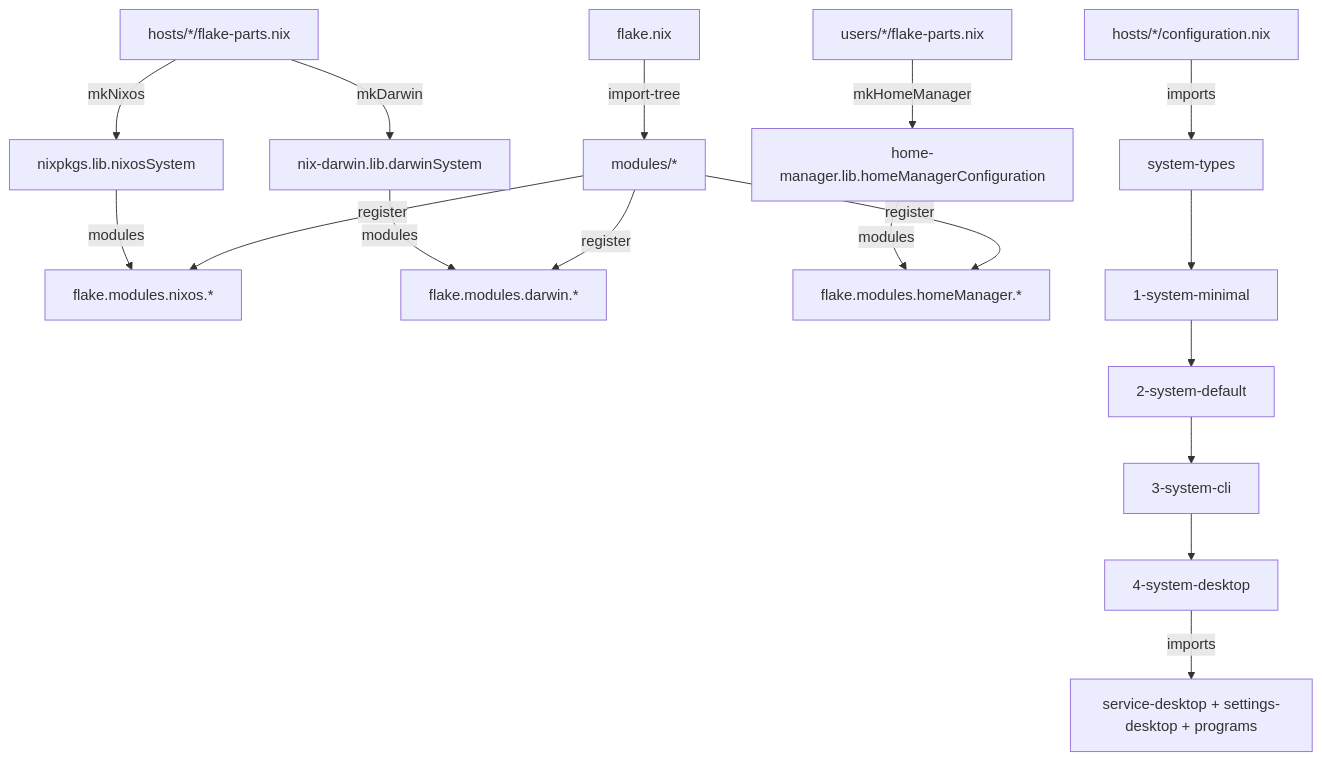
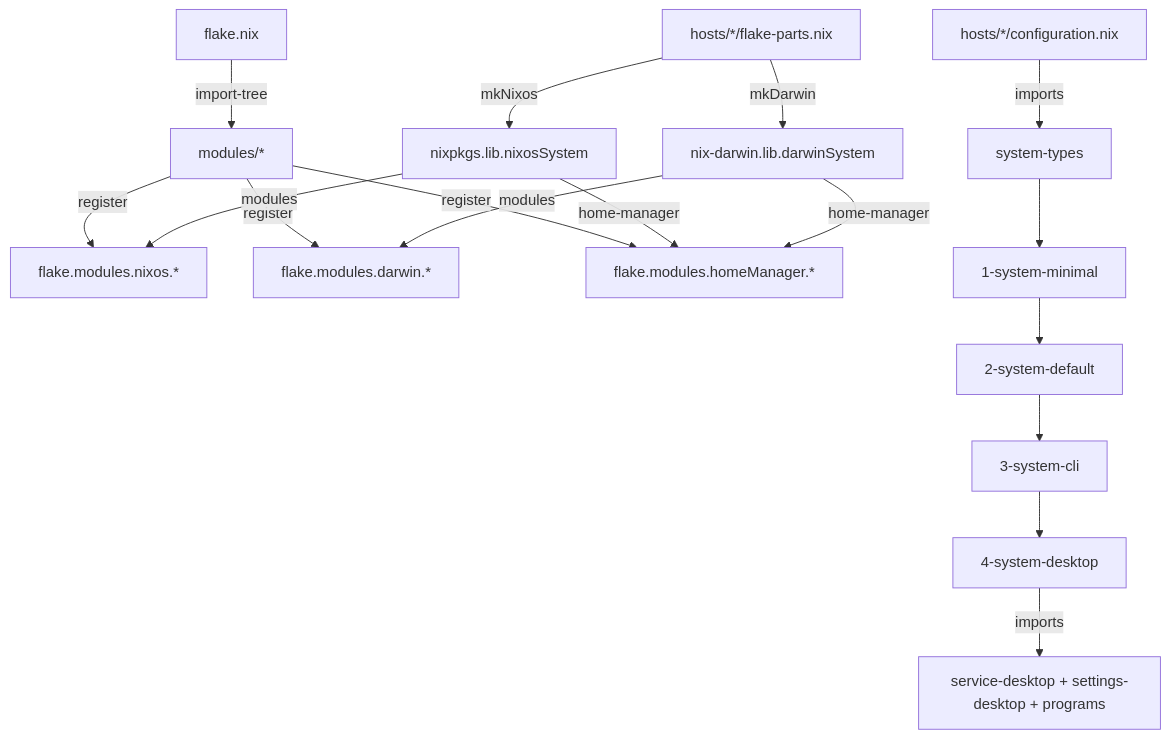
One commit to zno233/nixos-config changed the diagram in README.md. Above: the diagram before and after it, drawn with Mermaid. The commit also changed other lines of this file and 148 other files, not shown here.

````diff
--- a/README.md
+++ b/README.md
@@ -62,24 +61,24 @@
 ```mermaid
 flowchart TD
     A["flake.nix"] -->|"import-tree"| B["modules/*"]
     
     B -->|"register"| C["flake.modules.nixos.*"]
     B -->|"register"| D["flake.modules.darwin.*"]
     B -->|"register"| E["flake.modules.homeManager.*"]
     
     F["hosts/*/flake-parts.nix"] -->|"mkNixos"| G["nixpkgs.lib.nixosSystem"]
     F -->|"mkDarwin"| H["nix-darwin.lib.darwinSystem"]
-    I["users/*/flake-parts.nix"] -->|"mkHomeManager"| J["home-manager.lib.homeManagerConfiguration"]
     
     G -->|"modules"| C
     H -->|"modules"| D
-    J -->|"modules"| E
+    G -->|"home-manager"| E
+    H -->|"home-manager"| E
     
     K["hosts/*/configuration.nix"] -->|"imports"| L["system-types"]
     L --> L1["1-system-minimal"]
     L1 --> L2["2-system-default"]
     L2 --> L3["3-system-cli"]
     L3 --> L4["4-system-desktop"]
     
     L4 -->|"imports"| M["service-desktop + settings-desktop + programs"]
 ```
````
